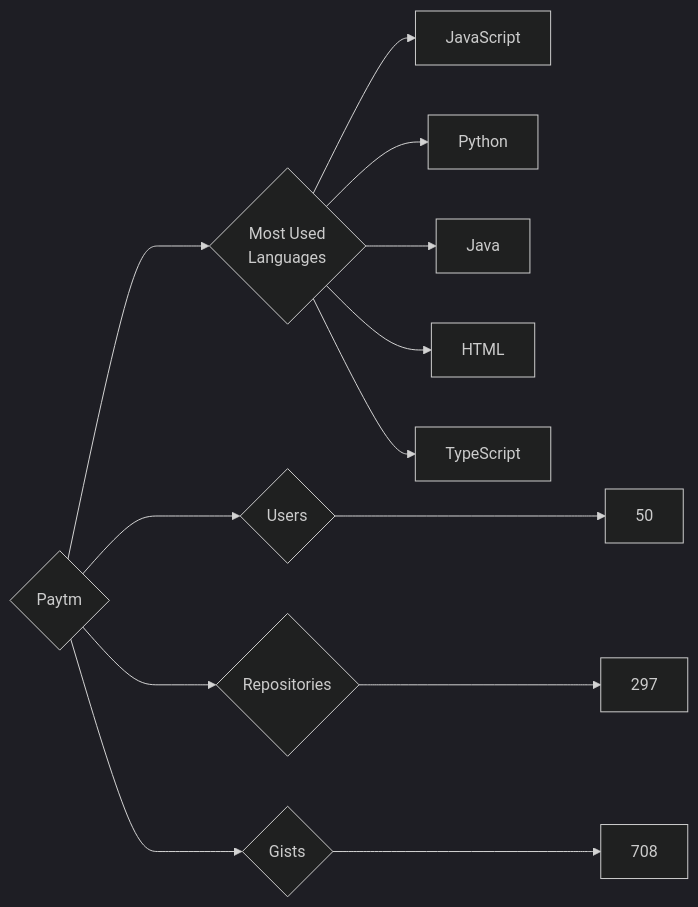
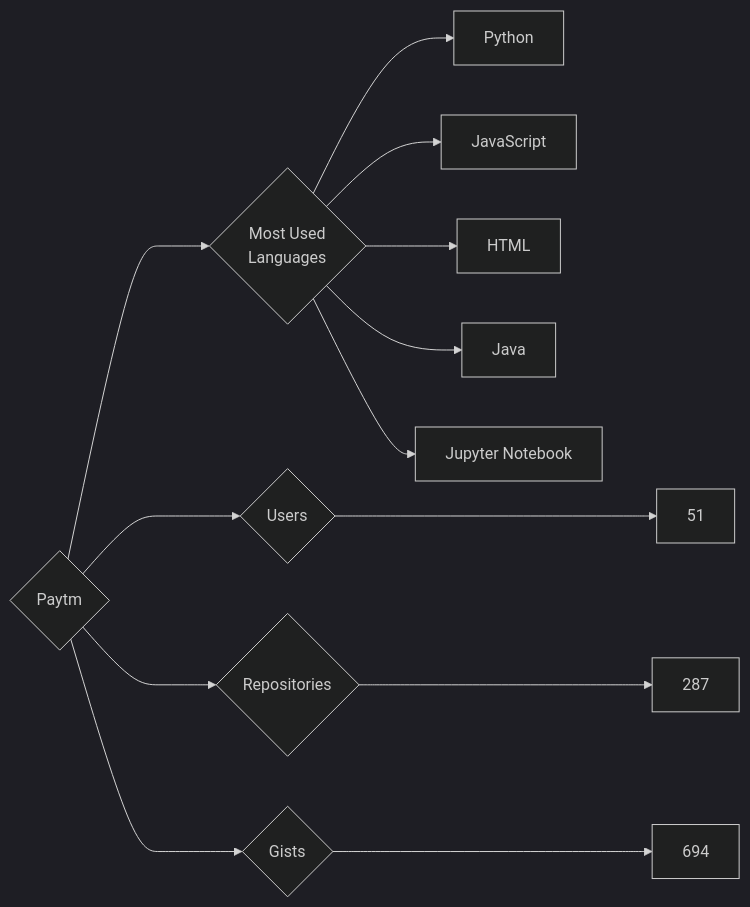
One commit to trickest/insiders changed the diagram in targets/Paytm/README.md. Above: the diagram before and after it, drawn with Mermaid (dark theme). The commit also changed 833 other files, not shown here.

````diff
--- a/targets/Paytm/README.md
+++ b/targets/Paytm/README.md
@@ -3,13 +3,13 @@
 ```mermaid
 graph LR
 COMPANY_NAME{Paytm}
-COMPANY_NAME ---> U{Users} ---> UN[50]
-COMPANY_NAME ---> R{Repositories} ---> RN[297]
-COMPANY_NAME ---> G{Gists} ---> GN[708]
+COMPANY_NAME ---> U{Users} ---> UN[51]
+COMPANY_NAME ---> R{Repositories} ---> RN[287]
+COMPANY_NAME ---> G{Gists} ---> GN[694]
 COMPANY_NAME ---> ML{Most Used<br>Languages}
+ML --> Python[Python]
 ML --> JavaScript[JavaScript]
-ML --> Python[Python]
+ML --> HTML[HTML]
 ML --> Java[Java]
-ML --> HTML[HTML]
-ML --> TypeScript[TypeScript]
+ML --> Jupyter_Notebook[Jupyter Notebook]
 ```
````
